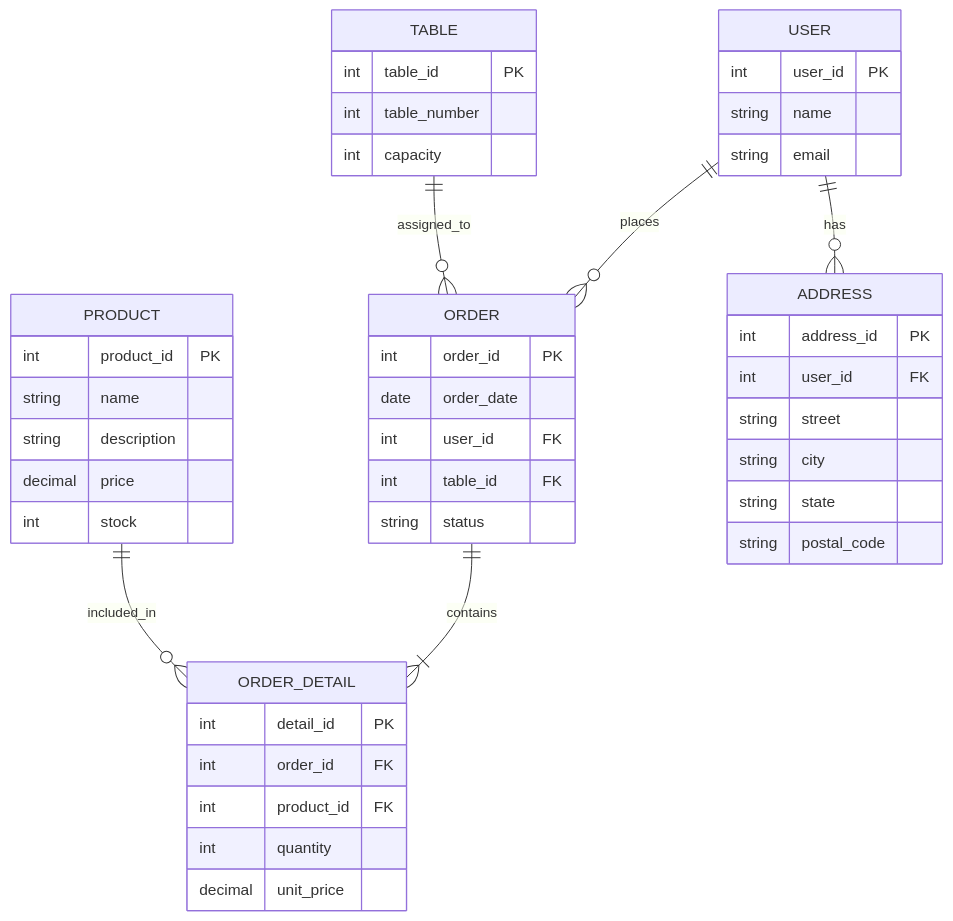
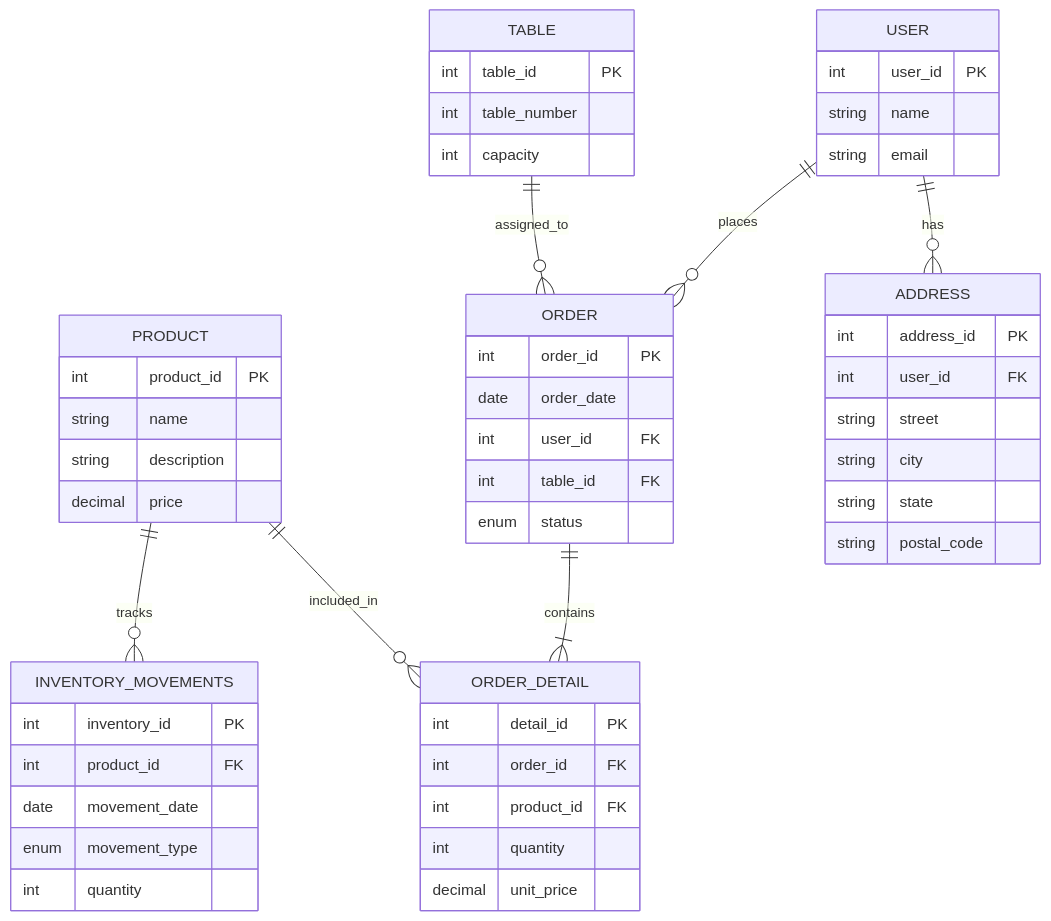
One commit to AndersonVazquezDelaluz/cbtis47-db-project-salchichasparrita-2026 changed the diagram in docs/erd_diagram.mmd. Above: the diagram before and after it, drawn with Mermaid.

```diff
--- a/docs/erd_diagram.mmd
+++ b/docs/erd_diagram.mmd
@@ -1,51 +1,59 @@
 erDiagram
     USER ||--o{ ORDER : places
     TABLE ||--o{ ORDER : assigned_to
+    PRODUCT ||--o{ INVENTORY_MOVEMENTS:tracks
     ORDER ||--|{ ORDER_DETAIL : contains
     PRODUCT ||--o{ ORDER_DETAIL : included_in
     USER ||--o{ ADDRESS : has
+    
 
     USER {
         int user_id PK
         string name
         string email
     }
 
     ADDRESS {
         int address_id PK
         int user_id FK
         string street
         string city
         string state
         string postal_code
     }
 
     TABLE {
         int table_id PK
         int table_number
         int capacity
     }
 
     ORDER {
         int order_id PK
         date order_date
         int user_id FK
         int table_id FK
-        string status
+        enum status
     }
 
     ORDER_DETAIL {
         int detail_id PK
         int order_id FK
         int product_id FK
         int quantity
         decimal unit_price
     }
 
     PRODUCT {
         int product_id PK
         string name
         string description
         decimal price
-        int stock
     }
+    INVENTORY_MOVEMENTS{
+        int inventory_id PK
+        int product_id FK
+        date movement_date
+        enum movement_type
+        int quantity
+    }
```
